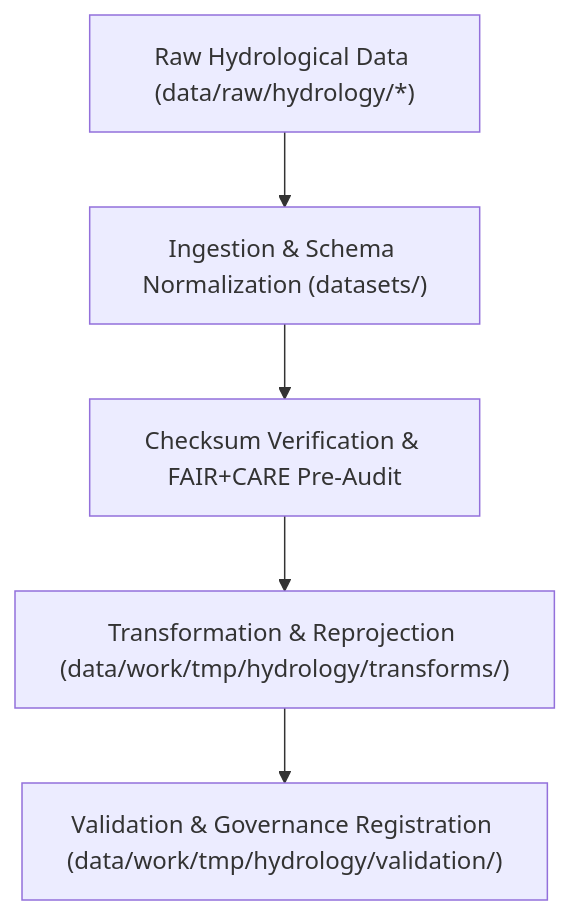
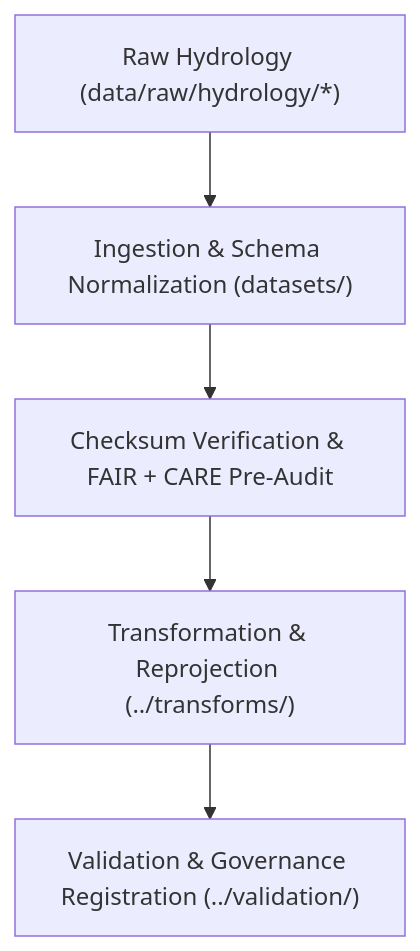
The diagram in data/work/tmp/hydrology/datasets/README.md (bartytime4life/Kansas-Frontier-Matrix), drawn with Mermaid before and after one commit. The commit also changed other lines of this file, not shown here.

````diff
--- a/data/work/tmp/hydrology/datasets/README.md
+++ b/data/work/tmp/hydrology/datasets/README.md
@@ -64,7 +66,7 @@
 ```mermaid
 flowchart TD
-    A["Raw Hydrological Data (data/raw/hydrology/*)"] --> B["Ingestion & Schema Normalization (datasets/)"]
-    B --> C["Checksum Verification & FAIR+CARE Pre-Audit"]
-    C --> D["Transformation & Reprojection (data/work/tmp/hydrology/transforms/)"]
-    D --> E["Validation & Governance Registration (data/work/tmp/hydrology/validation/)"]
+    A["Raw Hydrology (data/raw/hydrology/*)"] --> B["Ingestion & Schema Normalization (datasets/)"]
+    B --> C["Checksum Verification & FAIR + CARE Pre-Audit"]
+    C --> D["Transformation & Reprojection (../transforms/)"]
+    D --> E["Validation & Governance Registration (../validation/)"]
 ```
````
